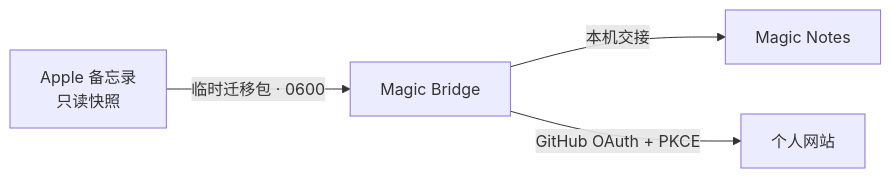
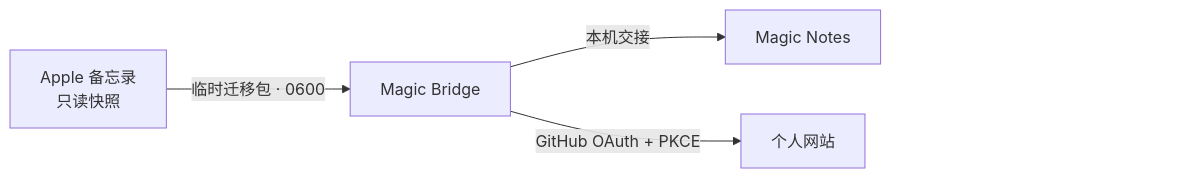
The diagram in README.md (Functionhx/magic-bridge), drawn with Mermaid before and after one commit. The commit also changed 1 other file, not shown here.

Commit message:
Keep Mermaid controls clear of nodes

````diff
--- a/README.md
+++ b/README.md
@@ -38,6 +38,10 @@
 ```mermaid
 flowchart LR
     A["Apple 备忘录<br/>只读快照"] -->|"临时迁移包 · 0600"| B["Magic Bridge"]
     B -->|"本机交接"| C["Magic Notes"]
     B -->|"GitHub OAuth + PKCE"| D["个人网站"]
+    %% 为 GitHub 的 Mermaid 缩放控件预留右下角空间。
+    D ~~~ Z["GitHub diagram controls"]
+    classDef spacer fill:transparent,stroke:transparent,color:transparent;
+    class Z spacer;
 ```
````
